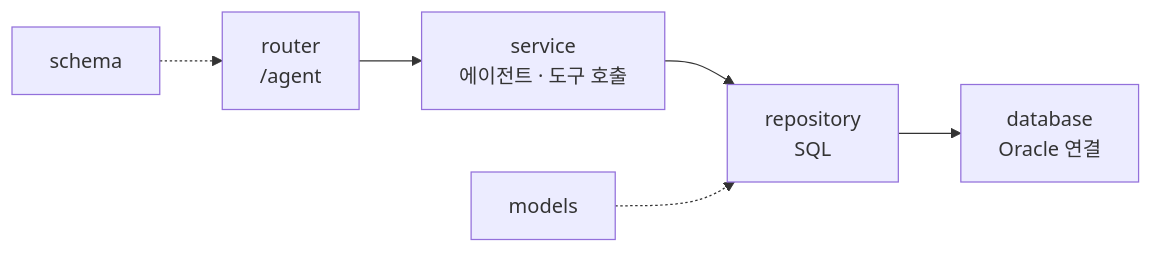
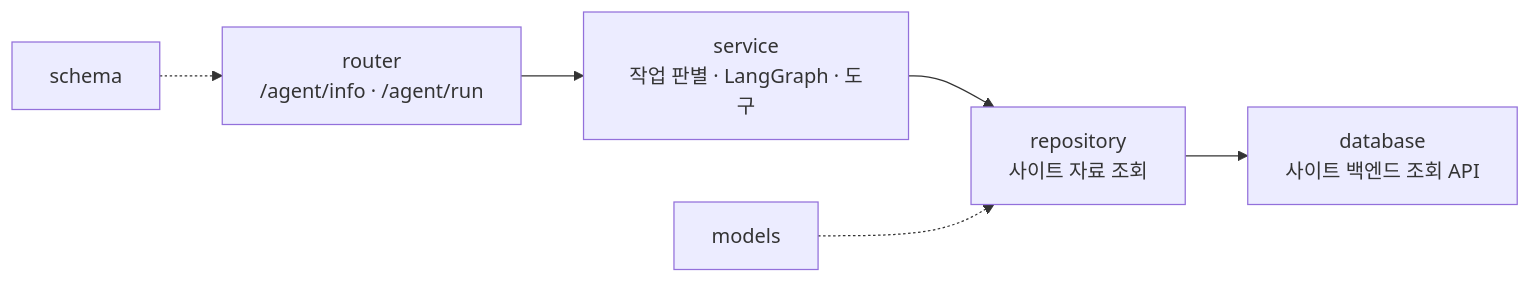
The diagram in ai-service/app/Agent-Bot/README.md (nomura-kanziro/human-bug-tier), drawn with Mermaid before and after one commit. The commit also changed other lines of this file and 46 other files, not shown here.

Commit message:
docs(agent-bot): 에이전트 봇 문서화 — 기능 설명·기록 3종 신설, 스킬 정본+12종·README·가이드·작업 이력 갱신, 낡은 AI 배포 상태 표기 정정

````diff
--- a/ai-service/app/Agent-Bot/README.md
+++ b/ai-service/app/Agent-Bot/README.md
@@ -6,8 +6,8 @@
 ```mermaid
 flowchart LR
-    RO["router<br/>/agent"] --> SV["service<br/>에이전트 · 도구 호출"]
-    SV --> RE["repository<br/>SQL"]
-    RE --> DB["database<br/>Oracle 연결"]
+    RO["router<br/>/agent/info · /agent/run"] --> SV["service<br/>작업 판별 · LangGraph · 도구"]
+    SV --> RE["repository<br/>사이트 자료 조회"]
+    RE --> DB["database<br/>사이트 백엔드 조회 API"]
     SC["schema"] -.-> RO
     MD["models"] -.-> RE
 ```
````
